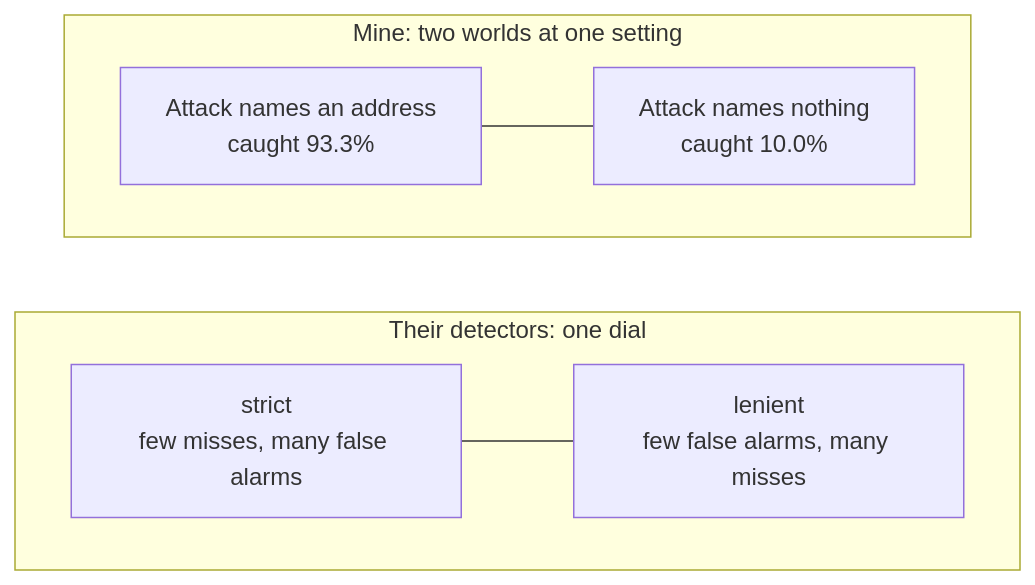
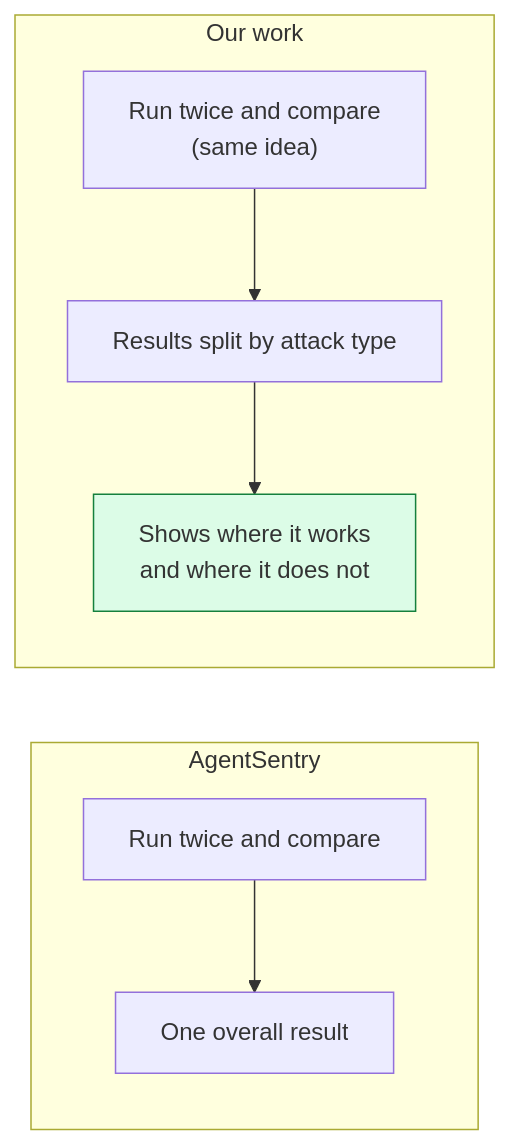
One commit to ahmadkhanraj01/adaptishield changed the fourth of 7 diagrams in writeup/07-how-my-research-differs.md. Above: the diagram before and after it, drawn with Mermaid. The commit also changed other lines of this file, not shown here.

````diff
--- a/writeup/07-how-my-research-differs.md
+++ b/writeup/07-how-my-research-differs.md
@@ -108,11 +80,12 @@
 ```mermaid
 flowchart LR
-    subgraph D["Their detectors: one dial"]
-      direction LR
-      d1["strict<br/>few misses, many false alarms"] --- d2["lenient<br/>few false alarms, many misses"]
+    subgraph AS["AgentSentry"]
+      direction TB
+      a1["Run twice and compare"] --> a2["One overall result"]
     end
-    subgraph M["Mine: two worlds at one setting"]
-      direction LR
-      m1["Attack names an address<br/>caught 93.3%"] --- m2["Attack names nothing<br/>caught 10.0%"]
+    subgraph ME["Our work"]
+      direction TB
+      m1["Run twice and compare<br/>(same idea)"] --> m2["Results split by attack type"] --> m3["Shows where it works<br/>and where it does not"]
     end
+    style m3 fill:#dcfce7,stroke:#15803d
 ```
````
